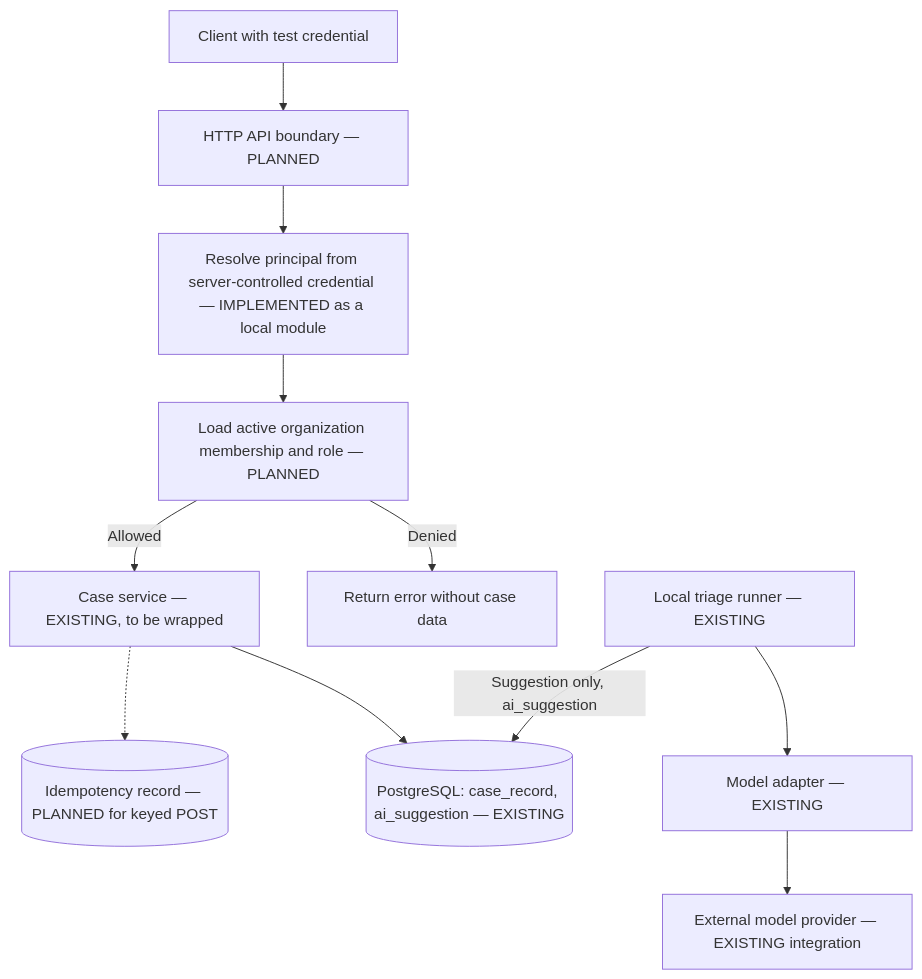
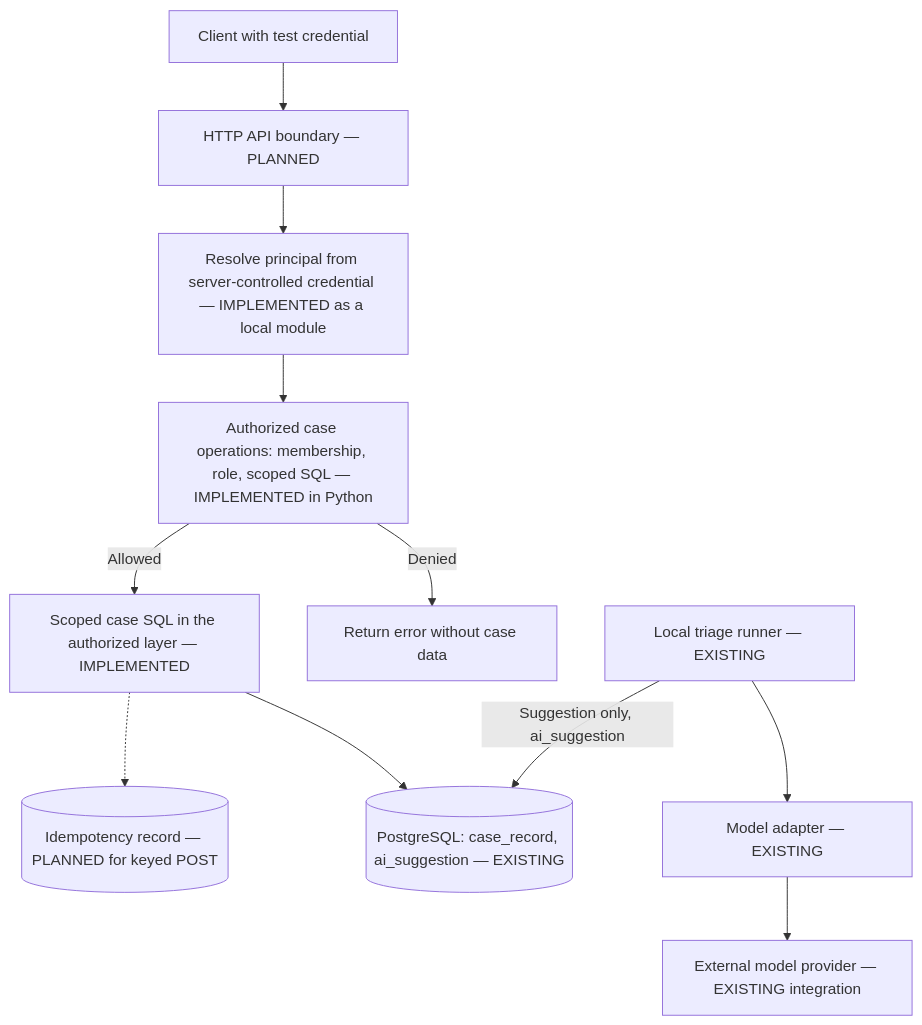
The diagram in docs/api-contract.md (asadhanif3188/Enterprise-AI-Service-Operations), drawn with Mermaid before and after one commit. The commit also changed other lines of this file and 12 other files, not shown here.

````diff
--- a/docs/api-contract.md
+++ b/docs/api-contract.md
@@ -53,13 +53,13 @@
 ```mermaid
 flowchart TD
     U[Client with test credential] --> A[HTTP API boundary — PLANNED]
     A --> I[Resolve principal from server-controlled credential — IMPLEMENTED as a local module]
-    I --> P[Load active organization membership and role — PLANNED]
+    I --> P[Authorized case operations: membership, role, scoped SQL — IMPLEMENTED in Python]
     P -->|Denied| D[Return error without case data]
-    P -->|Allowed| S[Case service — EXISTING, to be wrapped]
+    P -->|Allowed| S[Scoped case SQL in the authorized layer — IMPLEMENTED]
     S --> DB[(PostgreSQL: case_record, ai_suggestion — EXISTING)]
     S -.-> H[(Idempotency record — PLANNED for keyed POST)]
     R[Local triage runner — EXISTING] --> M[Model adapter — EXISTING]
     M --> X[External model provider — EXISTING integration]
     R -->|Suggestion only, ai_suggestion| DB
 ```
````
